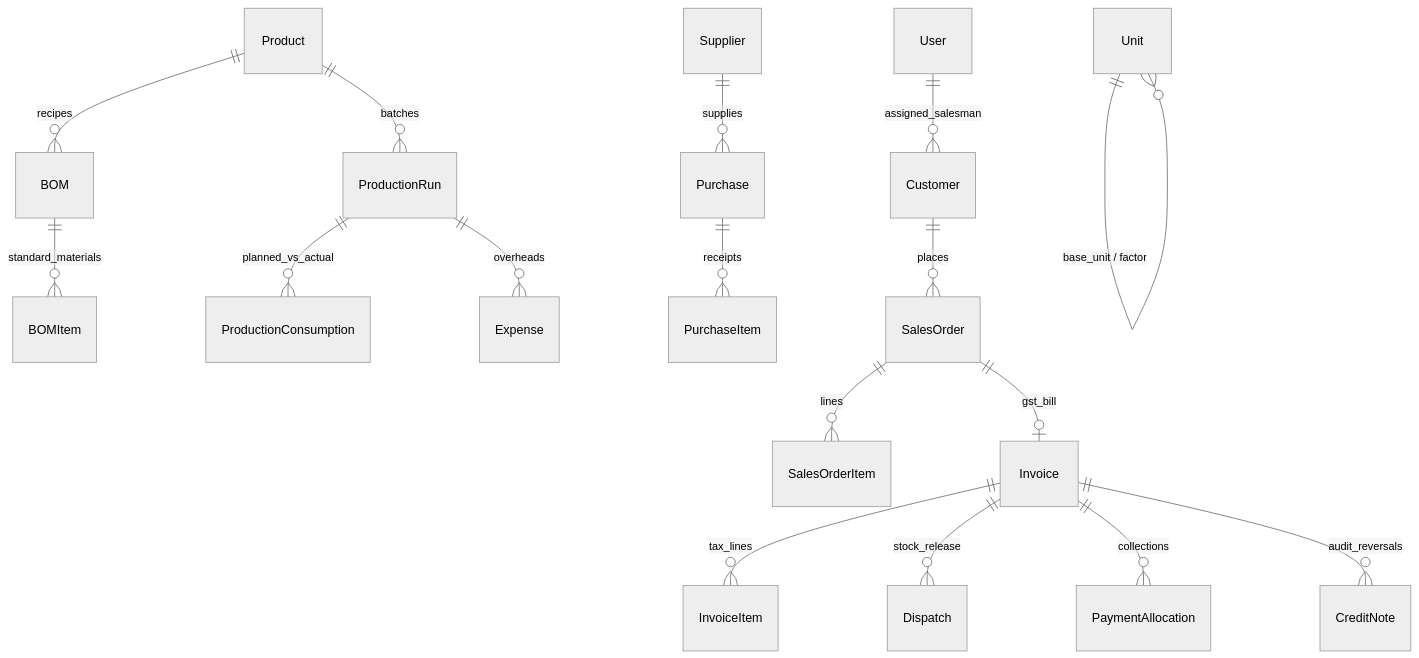
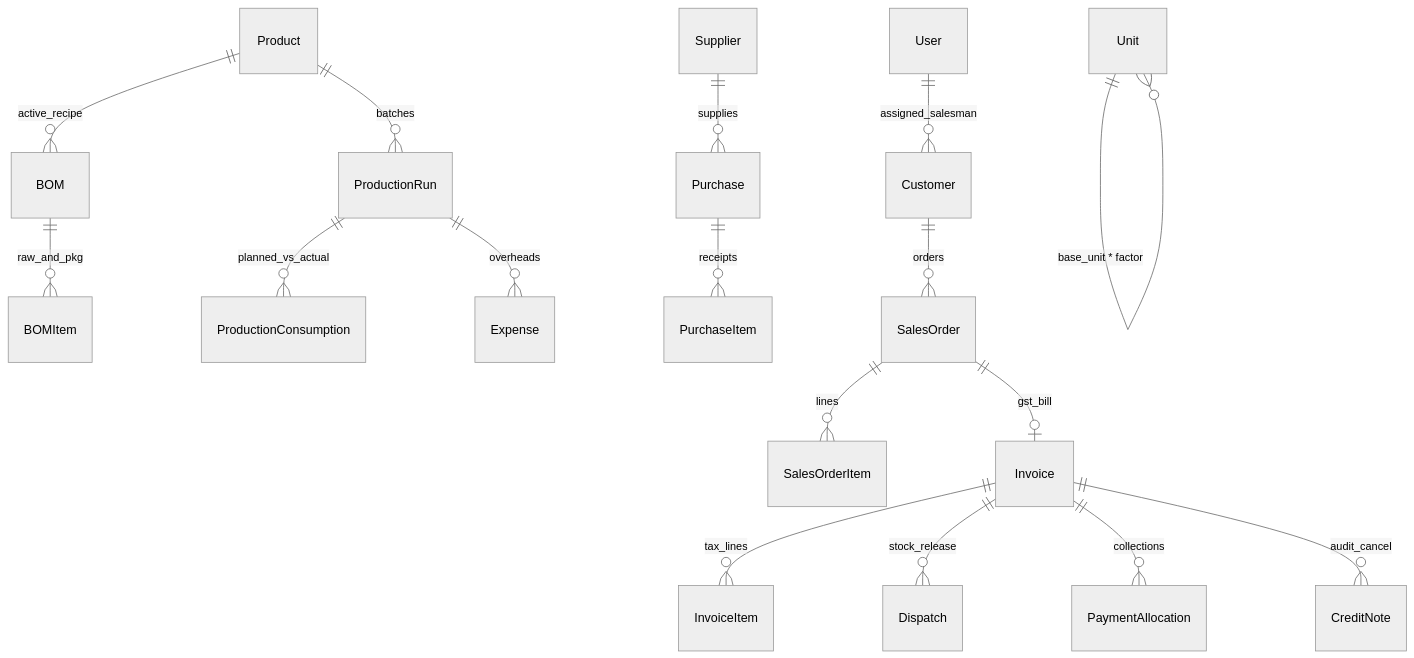
Before and after one commit to buvanesh080606/FactoraX: the diagram in DESIGN_NOTE.md, drawn with Mermaid (neutral theme). The commit also changed other lines of this file and 1 other file, not shown here.

````diff
--- a/DESIGN_NOTE.md
+++ b/DESIGN_NOTE.md
@@ -16,19 +11,19 @@
 ```mermaid
 erDiagram
     User ||--o{ Customer : "assigned_salesman"
-    Unit ||--o{ Unit : "base_unit / factor"
-    Product ||--o{ BOM : "recipes"
-    BOM ||--o{ BOMItem : "standard_materials"
+    Unit ||--o{ Unit : "base_unit * factor"
+    Product ||--o{ BOM : "active_recipe"
+    BOM ||--o{ BOMItem : "raw_and_pkg"
     Supplier ||--o{ Purchase : "supplies"
     Purchase ||--o{ PurchaseItem : "receipts"
     Product ||--o{ ProductionRun : "batches"
     ProductionRun ||--o{ ProductionConsumption : "planned_vs_actual"
     ProductionRun ||--o{ Expense : "overheads"
-    Customer ||--o{ SalesOrder : "places"
+    Customer ||--o{ SalesOrder : "orders"
     SalesOrder ||--o{ SalesOrderItem : "lines"
     SalesOrder ||--o| Invoice : "gst_bill"
     Invoice ||--o{ InvoiceItem : "tax_lines"
     Invoice ||--o{ Dispatch : "stock_release"
     Invoice ||--o{ PaymentAllocation : "collections"
-    Invoice ||--o{ CreditNote : "audit_reversals"
+    Invoice ||--o{ CreditNote : "audit_cancel"
 ```
````
